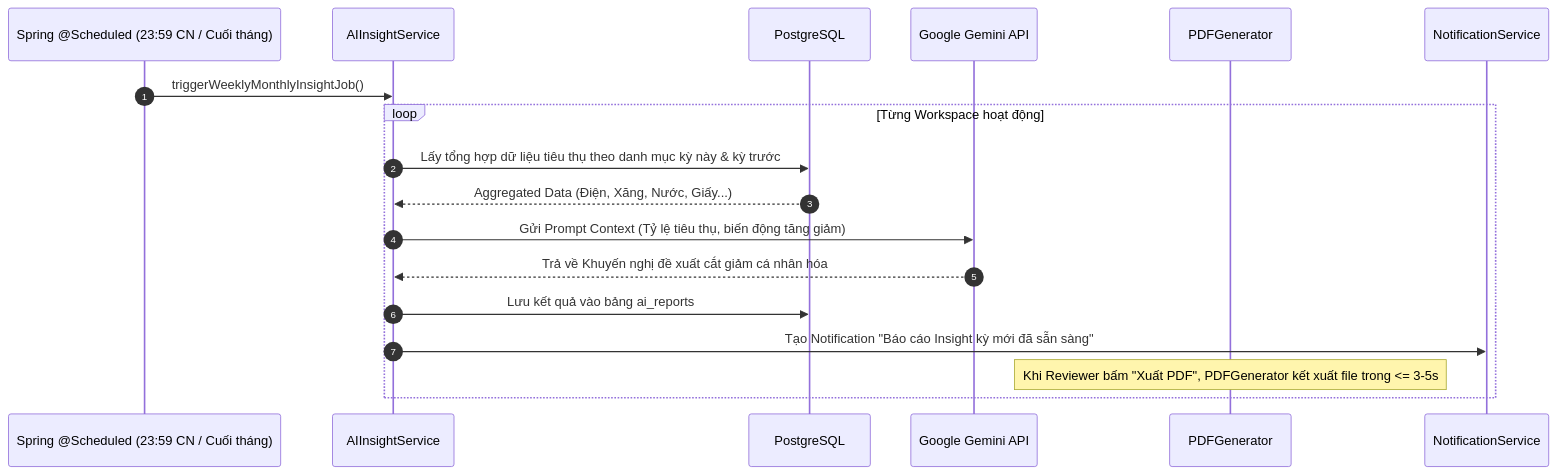
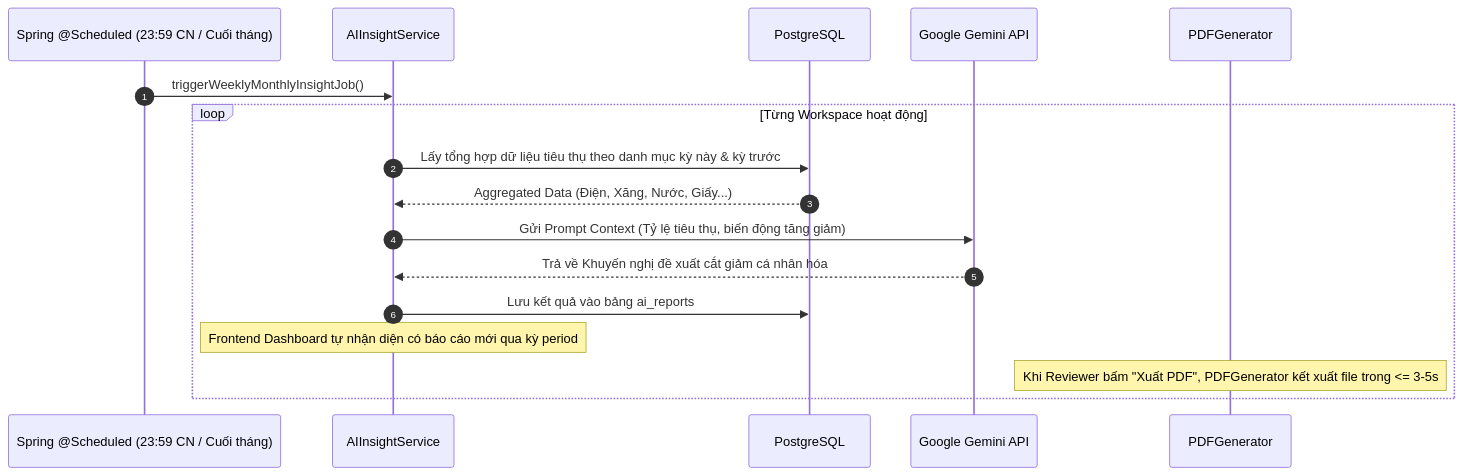
The fifth of 7 diagrams in docs/PRD.md (DatTienNguyenn/PMDC-BATCH4-DATNT250), drawn with Mermaid before and after one commit. The commit also changed other lines of this file and 1 other file, not shown here.

Commit message:
docs: remove notifications table from DB schema in favor of frontend real-time dynamic derivation

````diff
--- a/docs/PRD.md
+++ b/docs/PRD.md
@@ -402,21 +401,20 @@
 ```mermaid
 sequenceDiagram
     autonumber
     participant Cron as Spring @Scheduled (23:59 CN / Cuối tháng)
     participant InsightService as AIInsightService
     participant DB as PostgreSQL
     participant LLM as Google Gemini API
     participant PDFService as PDFGenerator
-    participant Notify as NotificationService
 
     Cron->>InsightService: triggerWeeklyMonthlyInsightJob()
     loop Từng Workspace hoạt động
         InsightService->>DB: Lấy tổng hợp dữ liệu tiêu thụ theo danh mục kỳ này & kỳ trước
         DB-->>InsightService: Aggregated Data (Điện, Xăng, Nước, Giấy...)
         InsightService->>LLM: Gửi Prompt Context (Tỷ lệ tiêu thụ, biến động tăng giảm)
         LLM-->>InsightService: Trả về Khuyến nghị đề xuất cắt giảm cá nhân hóa
         InsightService->>DB: Lưu kết quả vào bảng ai_reports
-        InsightService->>Notify: Tạo Notification "Báo cáo Insight kỳ mới đã sẵn sàng"
+        Note over InsightService: Frontend Dashboard tự nhận diện có báo cáo mới qua kỳ period
         Note over PDFService: Khi Reviewer bấm "Xuất PDF", PDFGenerator kết xuất file trong <= 3-5s
     end
 ```
````
